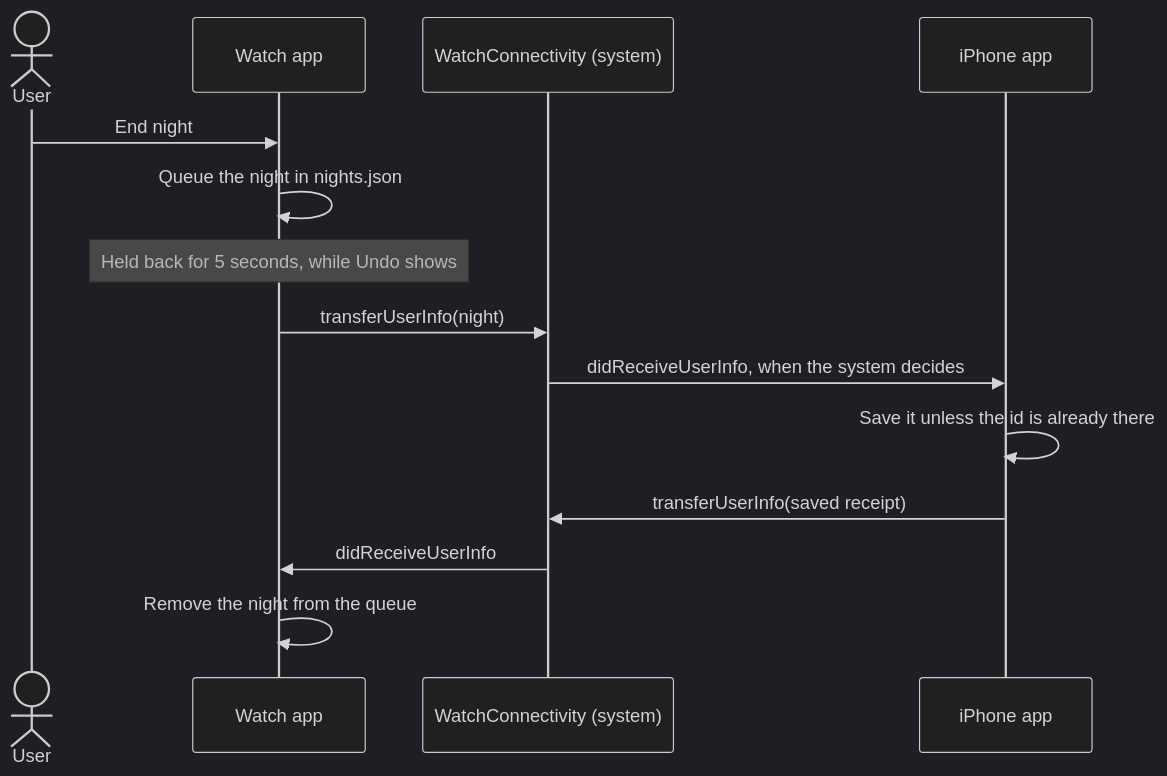
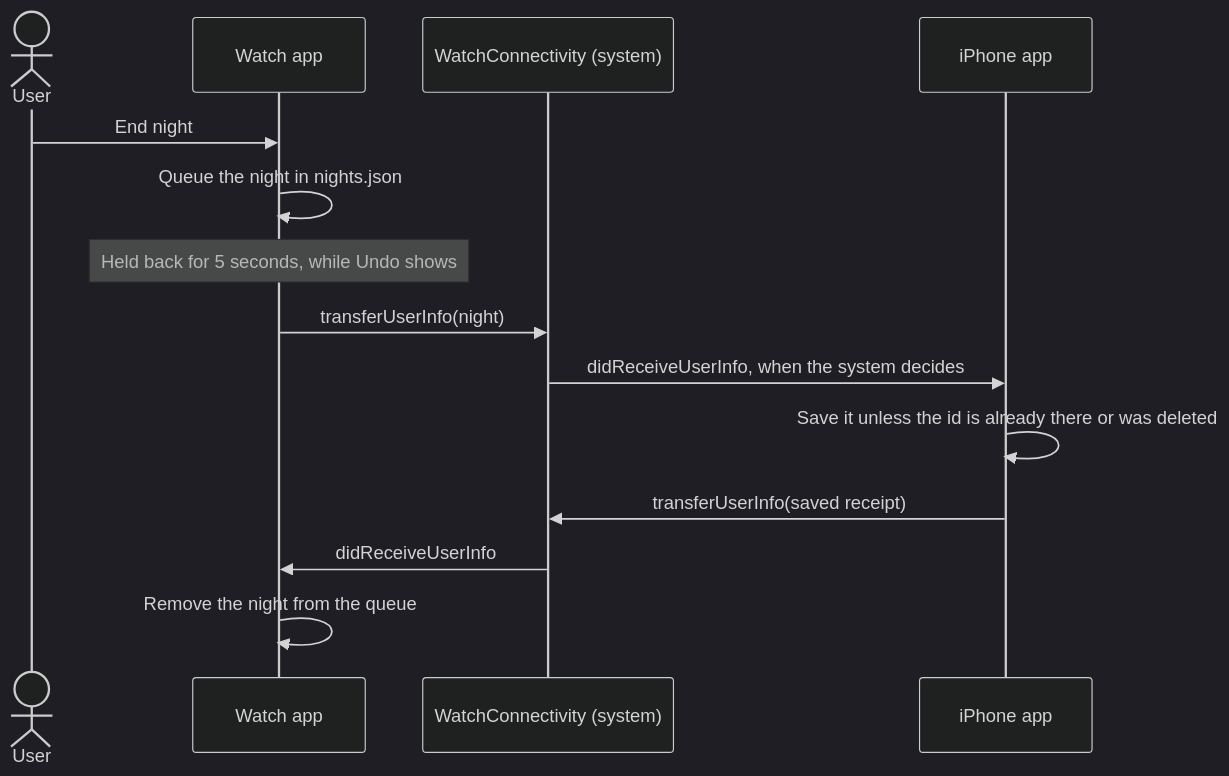
One commit to pablocolaiacovo/clinkr changed the third of 3 diagrams in docs/ARCHITECTURE.md. Above: the diagram before and after it, drawn with Mermaid (dark theme). The commit also changed other lines of this file and 31 other files, not shown here.

````diff
--- a/docs/ARCHITECTURE.md
+++ b/docs/ARCHITECTURE.md
@@ -79,17 +80,17 @@
 ```mermaid
 sequenceDiagram
     actor User
     participant W as Watch app
     participant WC as WatchConnectivity (system)
     participant P as iPhone app
 
     User->>W: End night
     W->>W: Queue the night in nights.json
     Note over W: Held back for 5 seconds, while Undo shows
     W->>WC: transferUserInfo(night)
     WC->>P: didReceiveUserInfo, when the system decides
-    P->>P: Save it unless the id is already there
+    P->>P: Save it unless the id is already there or was deleted
     P->>WC: transferUserInfo(saved receipt)
     WC->>W: didReceiveUserInfo
     W->>W: Remove the night from the queue
 ```
````
